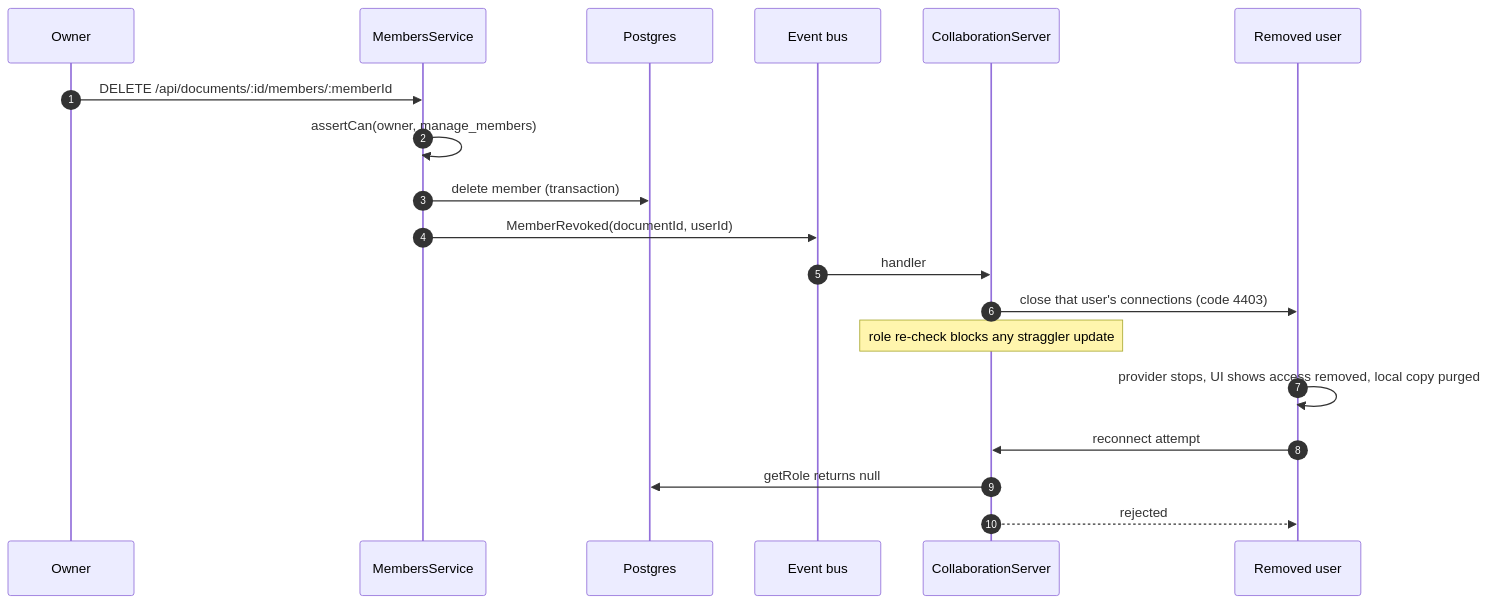
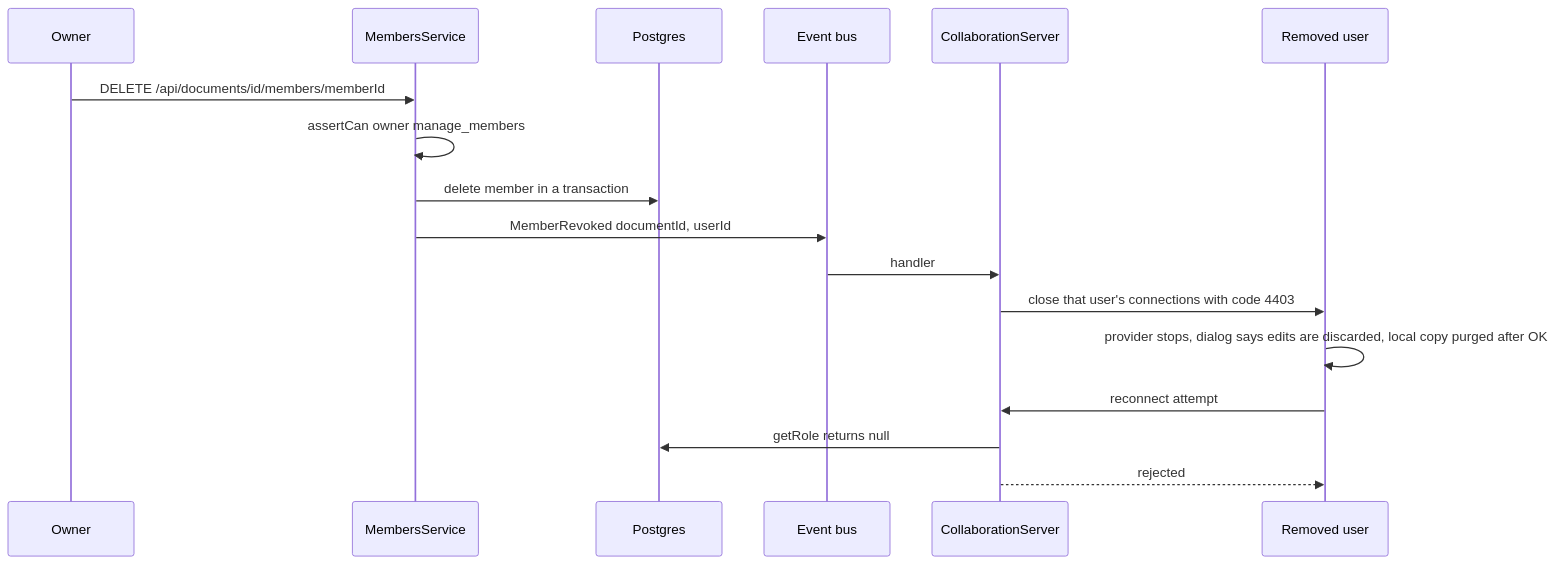
The eighth of 18 diagrams in docs/architecture-lld.md (syncspace-app/syncspace), drawn with Mermaid before and after one commit. The commit also changed other lines of this file and 2 other files, not shown here.

````diff
--- a/docs/architecture-lld.md
+++ b/docs/architecture-lld.md
@@ -451,22 +544,19 @@
 ```mermaid
 sequenceDiagram
-  autonumber
   participant O as Owner
   participant M as MembersService
-  participant D as Postgres
-  participant E as Event bus
-  participant H as CollaborationServer
-  participant V as Removed user
-
-  O->>M: DELETE /api/documents/:id/members/:memberId
-  M->>M: assertCan(owner, manage_members)
-  M->>D: delete member (transaction)
-  M->>E: MemberRevoked(documentId, userId)
-  E->>H: handler
-  H->>V: close that user's connections (code 4403)
-  Note over H: role re-check blocks any straggler update
-  V->>V: provider stops, UI shows access removed, local copy purged
-  V->>H: reconnect attempt
-  H->>D: getRole returns null
-  H-->>V: rejected
+  participant P as Postgres
+  participant EV as Event bus
+  participant C as CollaborationServer
+  participant U as Removed user
+  O->>M: DELETE /api/documents/id/members/memberId
+  M->>M: assertCan owner manage_members
+  M->>P: delete member in a transaction
+  M->>EV: MemberRevoked documentId, userId
+  EV->>C: handler
+  C->>U: close that user's connections with code 4403
+  U->>U: provider stops, dialog says edits are discarded, local copy purged after OK
+  U->>C: reconnect attempt
+  C->>P: getRole returns null
+  C-->>U: rejected
 ```
````
